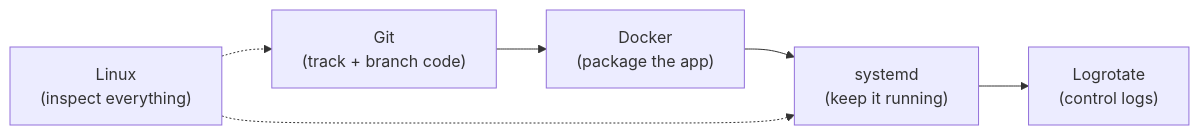
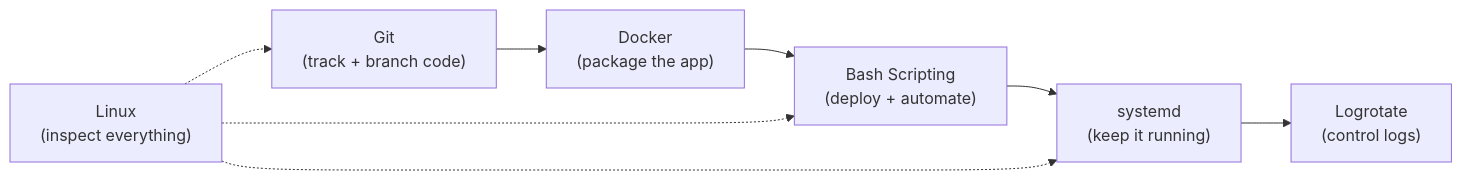
Before and after one commit to Arman-Ahmed-Jony/quick-look-commands: the diagram in daily-story/README.md, drawn with Mermaid. The commit also changed other lines of this file and 2 other files, not shown here.

Commit message:
Add Bash Scripting guide to README
Introduced a new guide for Bash Scripting, addressing manual deploys and silent pipeline failures. This addition outlines best practices such as using `set -euo pipefail`, shebang, and shellcheck, enhancing the documentation for users looking to automate deployments and improve script reliability.

````diff
--- a/daily-story/README.md
+++ b/daily-story/README.md
@@ -35,9 +36,11 @@
 ```mermaid
 flowchart LR
     Git["Git\n(track + branch code)"] --> Docker
-    Docker["Docker\n(package the app)"] --> systemd
+    Docker["Docker\n(package the app)"] --> Bash
+    Bash["Bash Scripting\n(deploy + automate)"] --> systemd
     systemd["systemd\n(keep it running)"] --> Logrotate
     Logrotate["Logrotate\n(control logs)"]
     Linux["Linux\n(inspect everything)"] -.-> Git
+    Linux -.-> Bash
     Linux -.-> systemd
 ```
````
